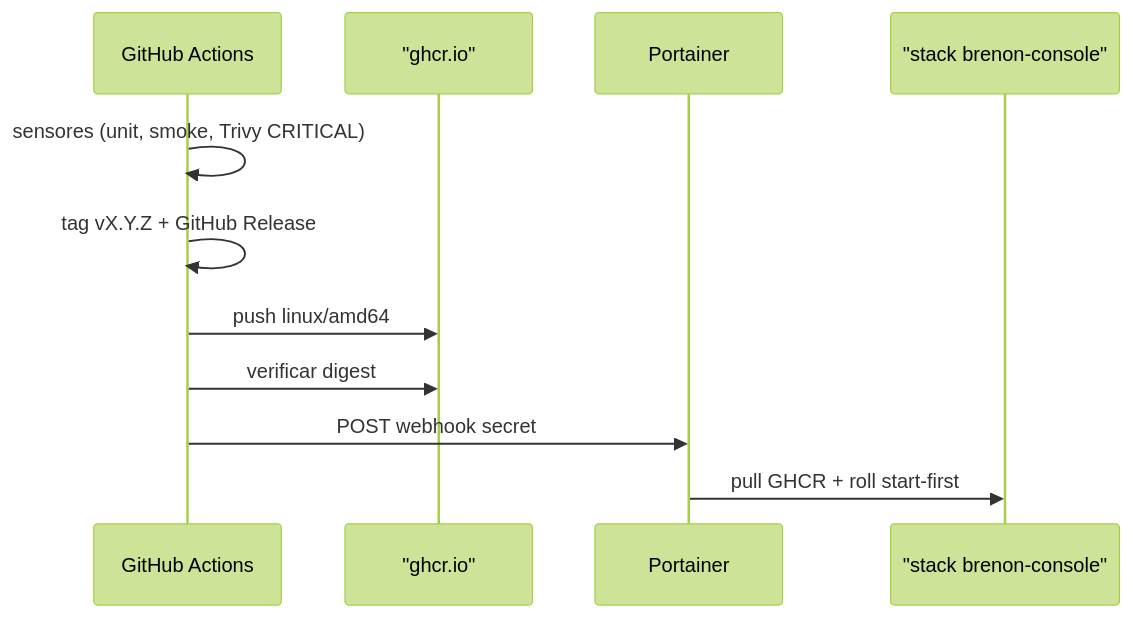
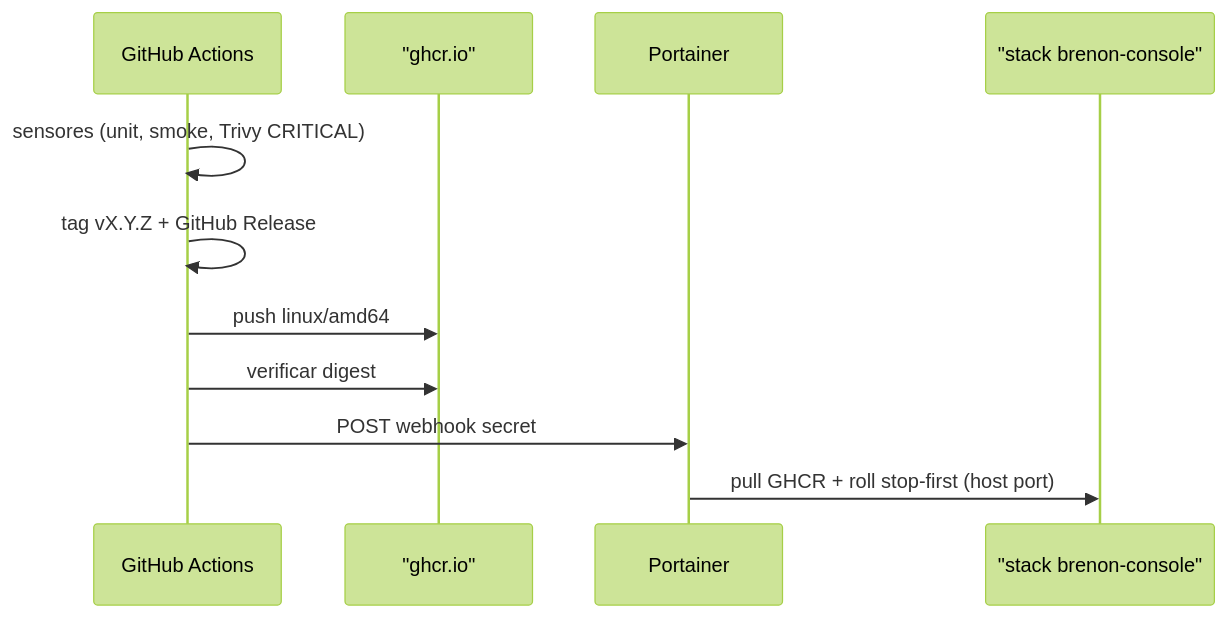
The first of 2 diagrams in harness/workflow/06-release-pipeline.md (brenonaraujo/home.cloud), drawn with Mermaid (forest theme) before and after one commit. The commit also changed 2 other files, not shown here.

Commit message:
chore(deploy): console publica a porta em modo host (#53)
A malha ingress do server102 descarta segmentos TCP de 1149 a 1398 bytes
enviados sozinhos; o bundle travava no meio e a console abria em branco
logo após um release. No mesmo nó, modo host entrega normalmente.

````diff
--- a/harness/workflow/06-release-pipeline.md
+++ b/harness/workflow/06-release-pipeline.md
@@ -29,14 +29,14 @@
 ```mermaid
 sequenceDiagram
     participant CI as GitHub Actions
     participant GHCR as "ghcr.io"
     participant PT as Portainer
     participant SW as "stack brenon-console"
 
     CI->>CI: sensores (unit, smoke, Trivy CRITICAL)
     CI->>CI: tag vX.Y.Z + GitHub Release
     CI->>GHCR: push linux/amd64
     CI->>GHCR: verificar digest
     CI->>PT: POST webhook secret
-    PT->>SW: pull GHCR + roll start-first
+    PT->>SW: pull GHCR + roll stop-first (host port)
 ```
````
